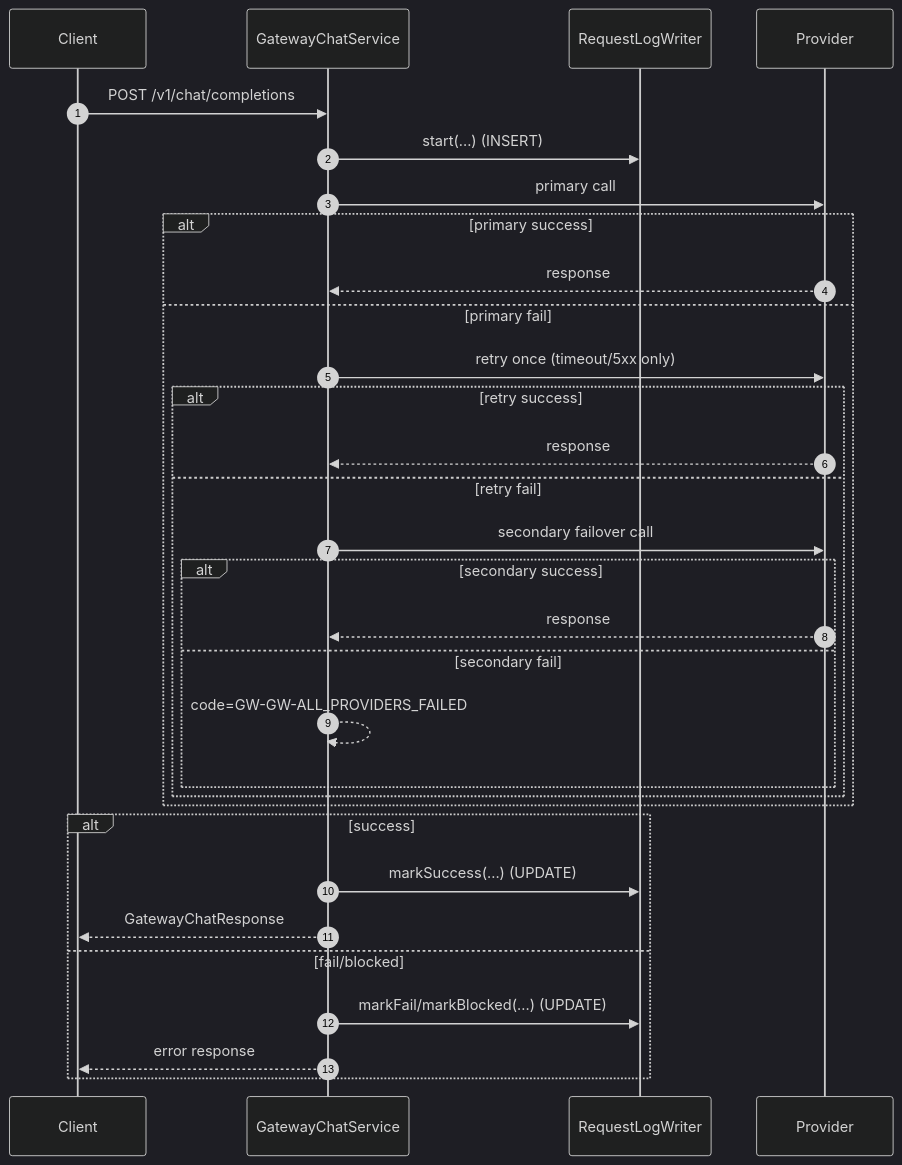
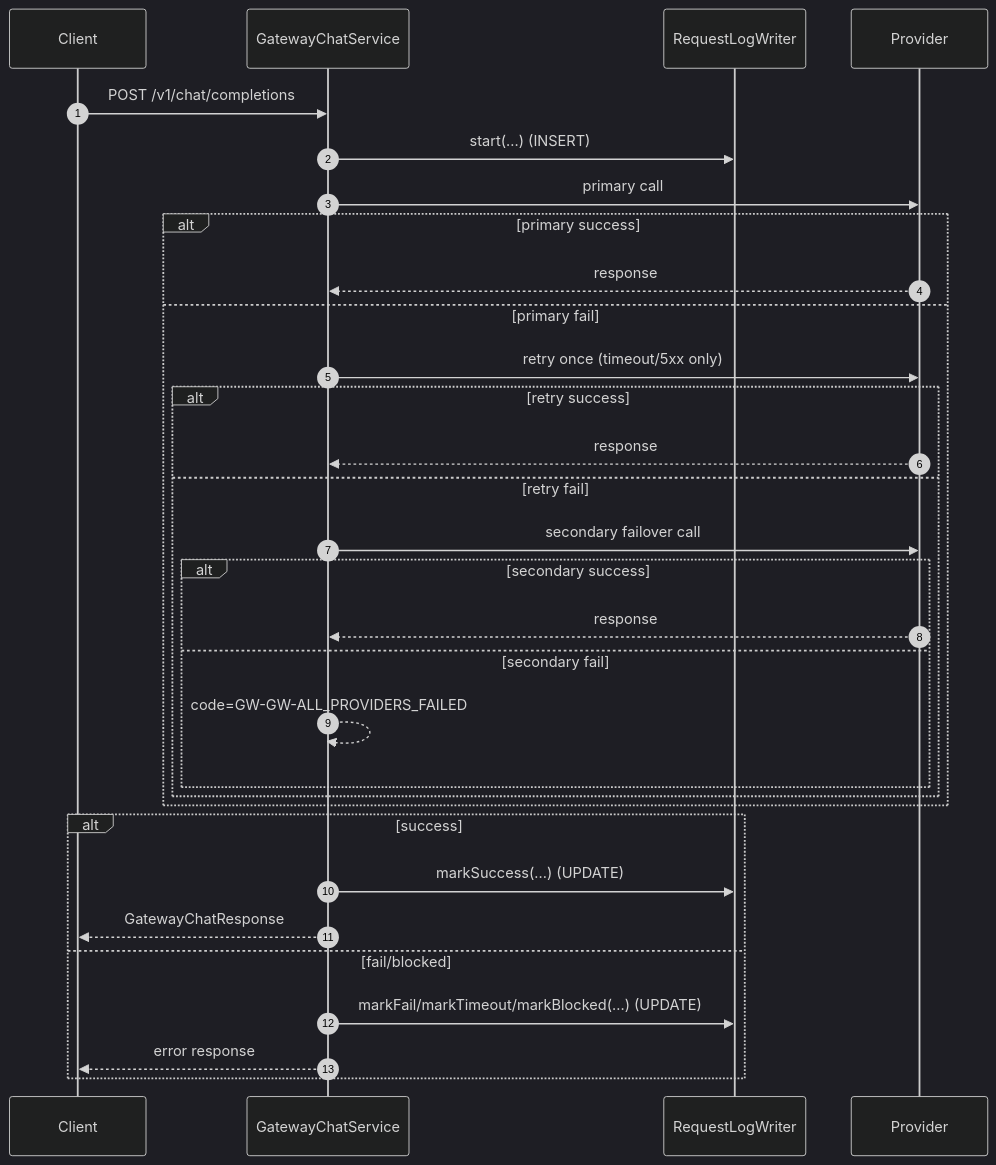
One commit to chanyong1027/sesac_team2 changed the diagram in docs/request-log-flow.md. Above: the diagram before and after it, drawn with Mermaid (dark theme). The commit also changed other lines of this file and 15 other files, not shown here.

````diff
--- a/docs/request-log-flow.md
+++ b/docs/request-log-flow.md
@@ -72,36 +87,36 @@
 ```mermaid
 sequenceDiagram
     autonumber
     participant Client as Client
     participant GW as GatewayChatService
     participant Log as RequestLogWriter
     participant LLM as Provider
 
     Client->>GW: POST /v1/chat/completions
     GW->>Log: start(...) (INSERT)
 
     GW->>LLM: primary call
     alt primary success
         LLM-->>GW: response
     else primary fail
         GW->>LLM: retry once (timeout/5xx only)
         alt retry success
             LLM-->>GW: response
         else retry fail
             GW->>LLM: secondary failover call
             alt secondary success
                 LLM-->>GW: response
             else secondary fail
                 GW-->>GW: code=GW-GW-ALL_PROVIDERS_FAILED
             end
         end
     end
 
     alt success
         GW->>Log: markSuccess(...) (UPDATE)
         GW-->>Client: GatewayChatResponse
     else fail/blocked
-        GW->>Log: markFail/markBlocked(...) (UPDATE)
+        GW->>Log: markFail/markTimeout/markBlocked(...) (UPDATE)
         GW-->>Client: error response
     end
 ```
````
